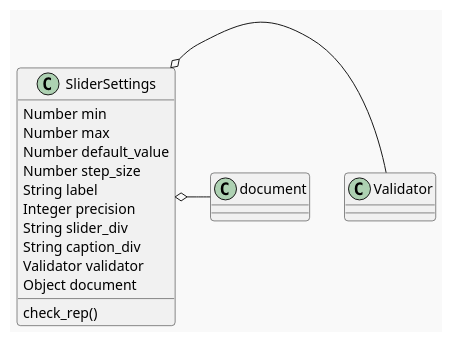
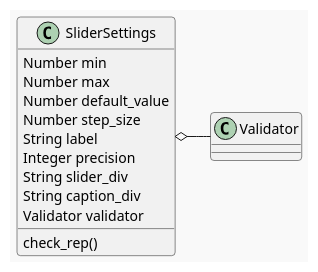
Before and after one commit to necromuralist/Ape-Iron: the diagram in posts/slider-settings-and-validator.org, drawn with PlantUML. The commit also changed other lines of this file and 5 other files, not shown here.

Commit message:
Broke Validator, SliderSettings, and Slidini into separate posts

```diff
--- a/posts/slider-settings-and-validator.org
+++ b/posts/slider-settings-and-validator.org
@@ -523,20 +25,18 @@
 #+begin_src plantuml :file ../files/posts/slider-settings-and-validator/slider_settings.png :exports none
 !theme mars
 class SliderSettings {
 Number min
 Number max
 Number default_value
 Number step_size
 String label
 Integer precision
 String slider_div
 String caption_div
 Validator validator
-Object document
 
 check_rep()
 }
 
 SliderSettings o- Validator
-SliderSettings o- document
 #+end_src
```
